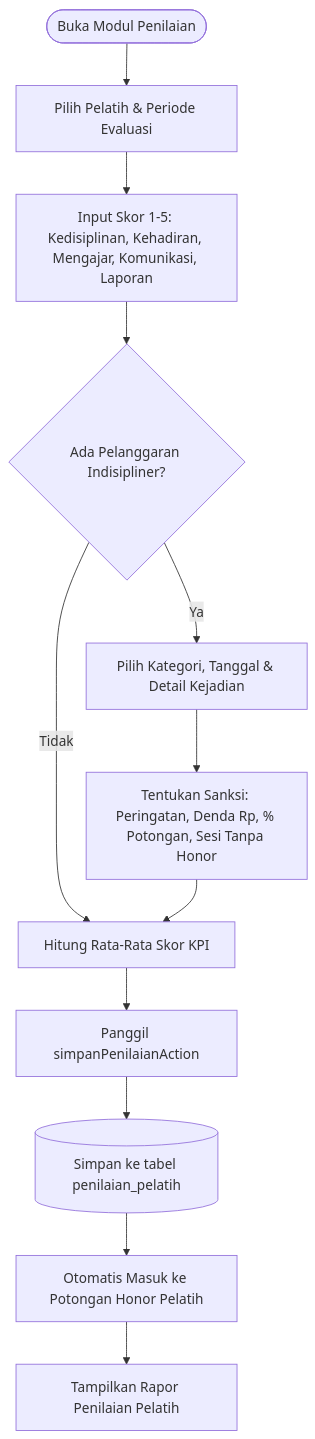
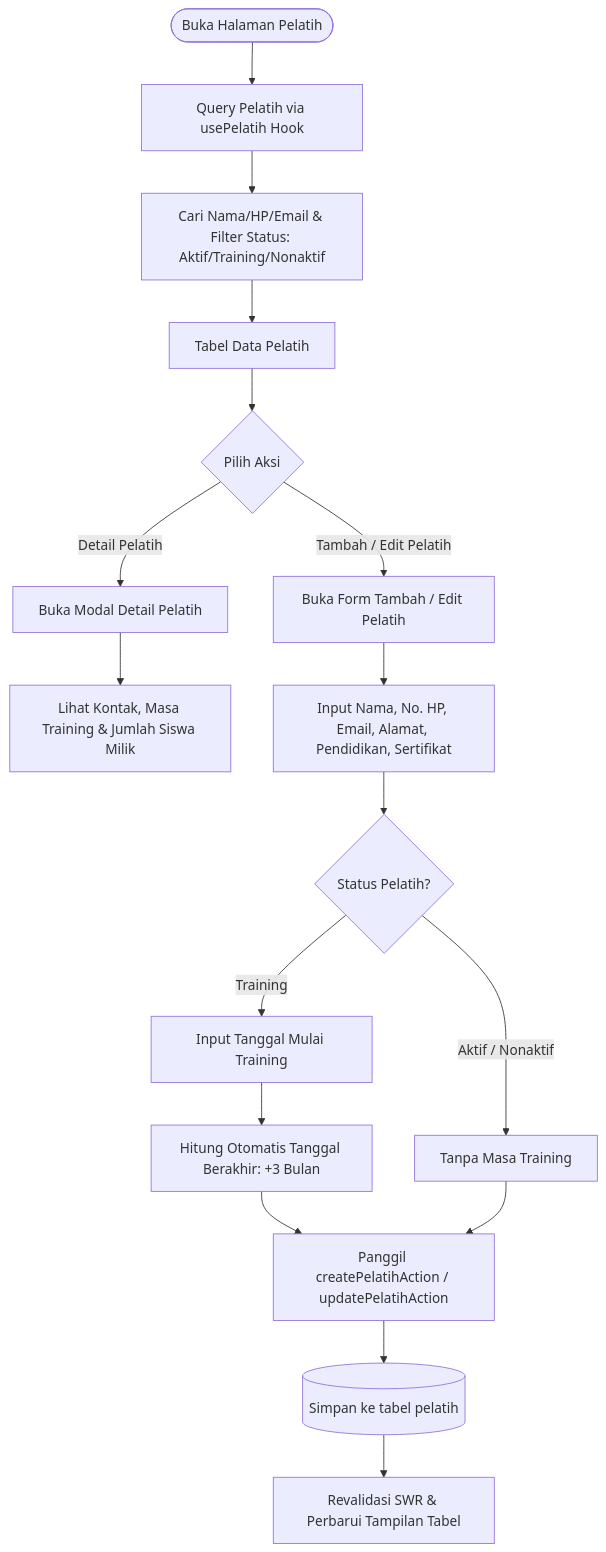
One commit to skmirwn24-hub/Projek-Kesit changed the seventh of 9 diagrams in README.md. Above: the diagram before and after it, drawn with Mermaid. The commit also changed other lines of this file, not shown here.

Commit message:
docs: align flowcharts strictly with implemented features

````diff
--- a/README.md
+++ b/README.md
@@ -327,17 +336,25 @@
 ```mermaid
 flowchart TD
-    Start([Buka Modul Penilaian]) --> PickCoach[Pilih Pelatih & Periode Evaluasi]
-    PickCoach --> InputScores[Input Skor 1-5: Kedisiplinan, Kehadiran, Mengajar, Komunikasi, Laporan]
-    InputScores --> CheckInfraction{Ada Pelanggaran Indisipliner?}
+    Start([Buka Halaman Pelatih]) --> FetchCoaches[Query Pelatih via usePelatih Hook]
+    FetchCoaches --> FilterCoach[Cari Nama/HP/Email & Filter Status: Aktif/Training/Nonaktif]
+    FilterCoach --> CoachTable[Tabel Data Pelatih]
     
-    CheckInfraction -- Ya --> InputViolationDetail[Pilih Kategori, Tanggal & Detail Kejadian]
-    InputViolationDetail --> SelectPenalty[Tentukan Sanksi: Peringatan, Denda Rp, % Potongan, Sesi Tanpa Honor]
+    CoachTable --> CoachAction{Pilih Aksi}
     
-    CheckInfraction -- Tidak --> CalculateAverage[Hitung Rata-Rata Skor KPI]
-    SelectPenalty --> CalculateAverage
+    CoachAction -->|Detail Pelatih| DetailModal[Buka Modal Detail Pelatih]
+    DetailModal --> ShowCoachData[Lihat Kontak, Masa Training & Jumlah Siswa Milik]
     
-    CalculateAverage --> SaveEvaluation[Panggil simpanPenilaianAction]
-    SaveEvaluation --> SaveEvaluationDB[(Simpan ke tabel penilaian_pelatih)]
-    SaveEvaluationDB --> DeductHonorPool[Otomatis Masuk ke Potongan Honor Pelatih]
-    DeductHonorPool --> DisplayScorecard[Tampilkan Rapor Penilaian Pelatih]
+    CoachAction -->|Tambah / Edit Pelatih| FormModal[Buka Form Tambah / Edit Pelatih]
+    FormModal --> InputBasic[Input Nama, No. HP, Email, Alamat, Pendidikan, Sertifikat]
+    InputBasic --> SelectStatus{Status Pelatih?}
+    
+    SelectStatus -->|Training| SetTrainingDate[Input Tanggal Mulai Training]
+    SetTrainingDate --> AutoCalcEndDate[Hitung Otomatis Tanggal Berakhir: +3 Bulan]
+    SelectStatus -->|Aktif / Nonaktif| ClearTraining[Tanpa Masa Training]
+    
+    AutoCalcEndDate --> SubmitCoach[Panggil createPelatihAction / updatePelatihAction]
+    ClearTraining --> SubmitCoach
+    
+    SubmitCoach --> SaveCoachDB[(Simpan ke tabel pelatih)]
+    SaveCoachDB --> RefreshCoaches[Revalidasi SWR & Perbarui Tampilan Tabel]
 ```
````
